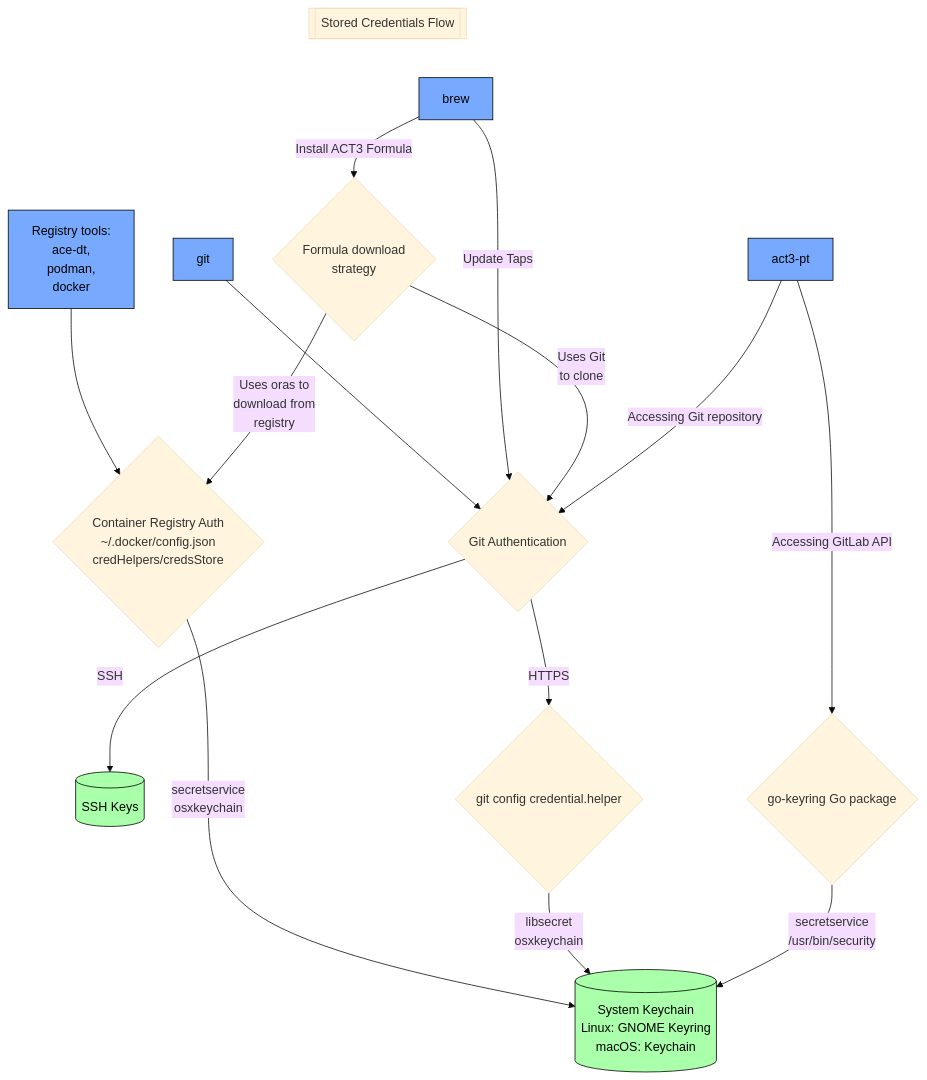
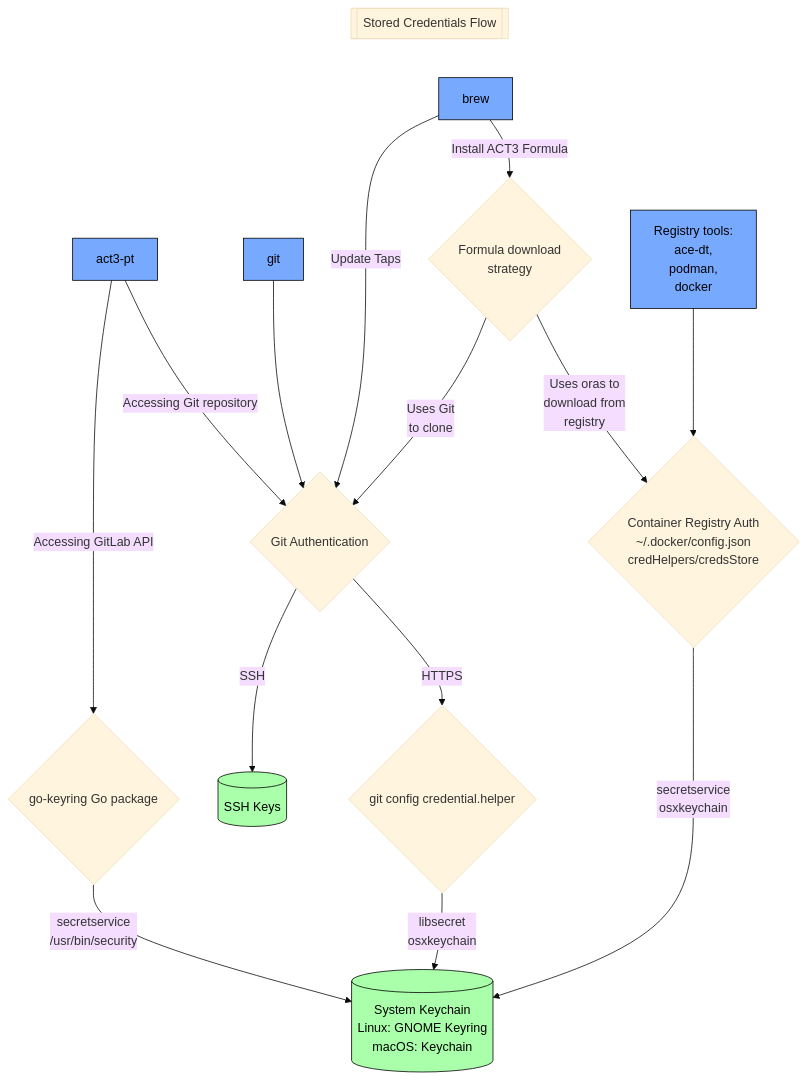
The diagram in act3-login/docs/developer-guide.md (act3-ai/up), drawn with Mermaid (base theme) before and after one commit. The commit also changed other lines of this file, not shown here.

Commit message:
standardize punctuation and mermaid

````diff
--- a/act3-login/docs/developer-guide.md
+++ b/act3-login/docs/developer-guide.md
@@ -35,42 +35,44 @@
 ```mermaid
 graph TD
   classDef insecure fill:#f99,stroke:#000,color:#000
   classDef secure fill:#afa,stroke:#000,color:#000
   classDef tool fill:#7af,stroke:#000,color:#000
   classDef noauth fill:#fff,stroke:#f99,stroke-dasharray: 5 5,color:#000
 
   start[[Stored Credentials Flow]]
 
   keychain[(System Keychain<br>Linux: GNOME Keyring<br>macOS: Keychain)]:::secure
   ssh[("SSH Keys")]:::secure
   %%noauth(("No Authentication!")):::noauth
   %%text[(Plaintext)]:::insecure
 
+  start ~~~ act3pt[act3-pt]:::tool
   start ~~~ git[git]:::tool
   start ~~~ brew:::tool
   start ~~~ regtools[Registry tools:<br>ace-dt,<br>podman,<br>docker]:::tool
-  start ~~~ act3pt[act3-pt]:::tool
 
-  %% Container Registry Authentication
-  regtools --> regauth{"Container Registry Auth<br>~/.docker/config.json<br>credHelpers/credsStore"}
-  regauth -->|secretservice<br>osxkeychain| keychain
-  %%dockerconf -->|none| text
+  %% Homebrew Authentication
+  brew -->|Update Taps| gitauth
+  brew -->|"Install ACT3 Formula"| formula{Formula download<br>strategy}
+  formula -->|"Uses Git <br>to clone <br>"| gitauth
+  formula -->|"Uses oras to<br>download from<br> registry"| regauth
 
   %% Git Authentication
   git --> gitauth{Git Authentication}
   gitauth -->|SSH| ssh
   gitauth -->|HTTPS| gch{git config credential.helper}
   gch -->|"libsecret<br>osxkeychain"| keychain
   %%gch -->|"none"| noauth
 
-  %% Homebrew Authentication
-  brew -->|Update Taps| gitauth
-  brew -->|"Install ACT3 Formula"| formula{Formula download<br>strategy}
-  formula -->|"Uses Git <br>to clone <br>"| gitauth
-  formula -->|"Uses oras to<br>download from<br> registry"| regauth
+  %% Container Registry Authentication
+  regtools --> regauth{"Container Registry Auth<br>~/.docker/config.json<br>credHelpers/credsStore"}
+  regauth -->|secretservice<br>osxkeychain| keychain
+  %%dockerconf -->|none| text
+
+
 
   %% ACT3 Project Tool
   act3pt -->|"Accessing GitLab API"| gokr{"go-keyring Go package"}
   act3pt -->|"Accessing Git repository"| gitauth
   gokr -->|"secretservice<br>/usr/bin/security"| keychain
 ```
````
